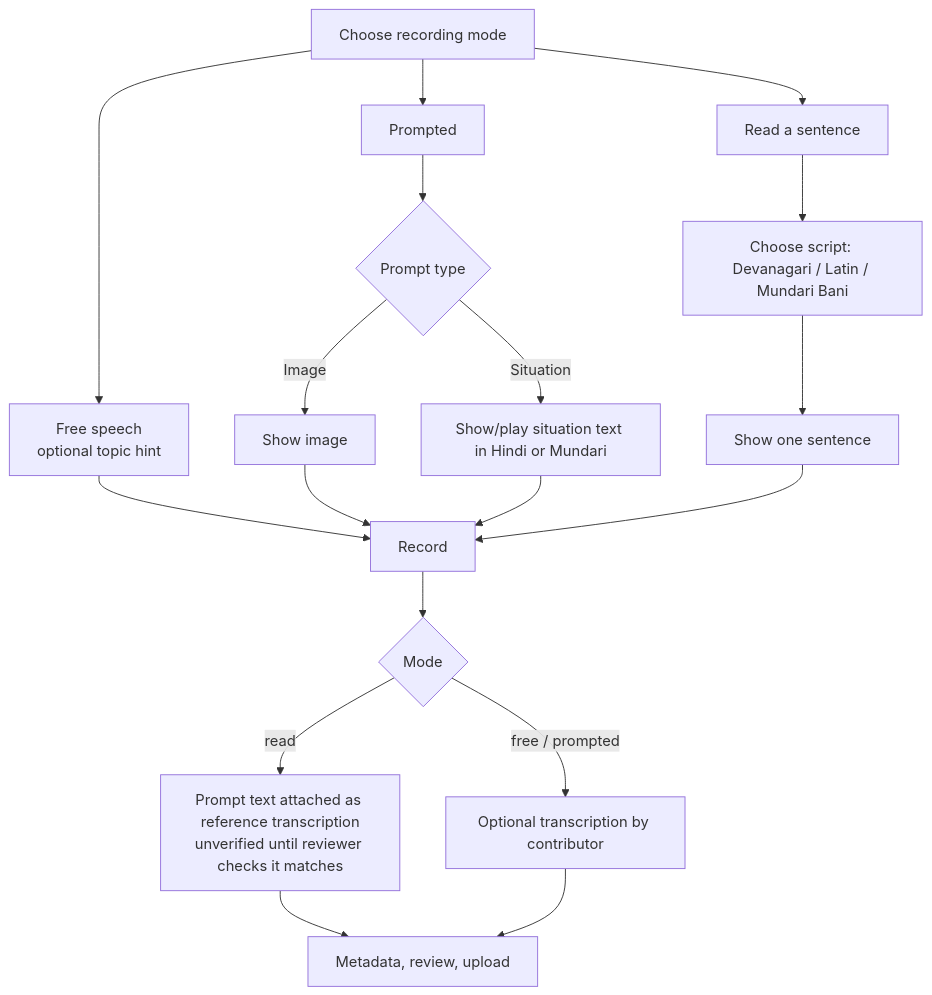
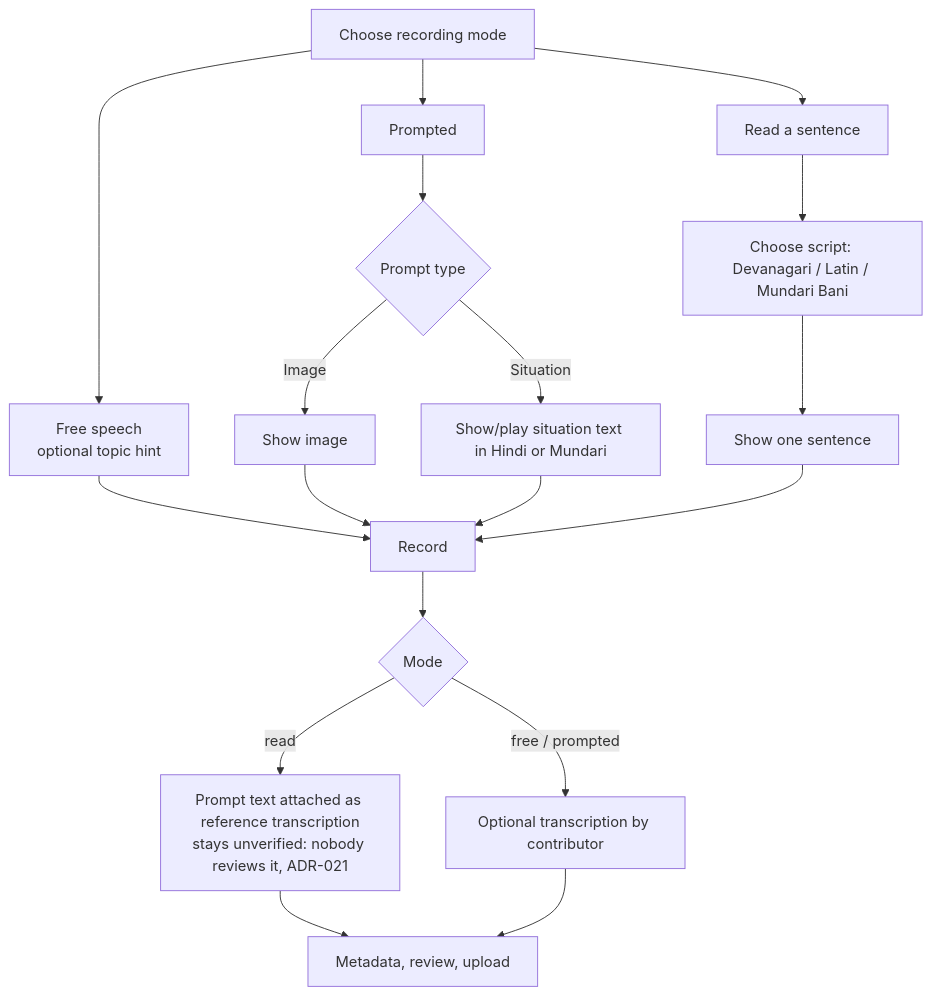
One commit to 21mohit-dotcom/lokdhara changed the diagram in docs/RECORDING_MODES.md. Above: the diagram before and after it, drawn with Mermaid. The commit also changed 5 other files, not shown here.

````diff
--- a/docs/RECORDING_MODES.md
+++ b/docs/RECORDING_MODES.md
@@ -19,20 +19,20 @@
 ```mermaid
 flowchart TD
     A[Choose recording mode] --> F[Free speech<br/>optional topic hint]
     A --> P[Prompted]
     A --> R[Read a sentence]
     P --> P1{Prompt type}
     P1 -->|Image| PI[Show image]
     P1 -->|Situation| PS[Show/play situation text in Hindi or Mundari]
     R --> R1[Choose script: Devanagari / Latin / Mundari Bani]
     R1 --> R2[Show one sentence]
     F --> REC[Record]
     PI --> REC
     PS --> REC
     R2 --> REC
     REC --> N{Mode}
-    N -->|read| T[Prompt text attached as reference transcription<br/>unverified until reviewer checks it matches]
+    N -->|read| T[Prompt text attached as reference transcription<br/>stays unverified: nobody reviews it, ADR-021]
     N -->|free / prompted| O[Optional transcription by contributor]
     T --> M[Metadata, review, upload]
     O --> M
 ```
````
